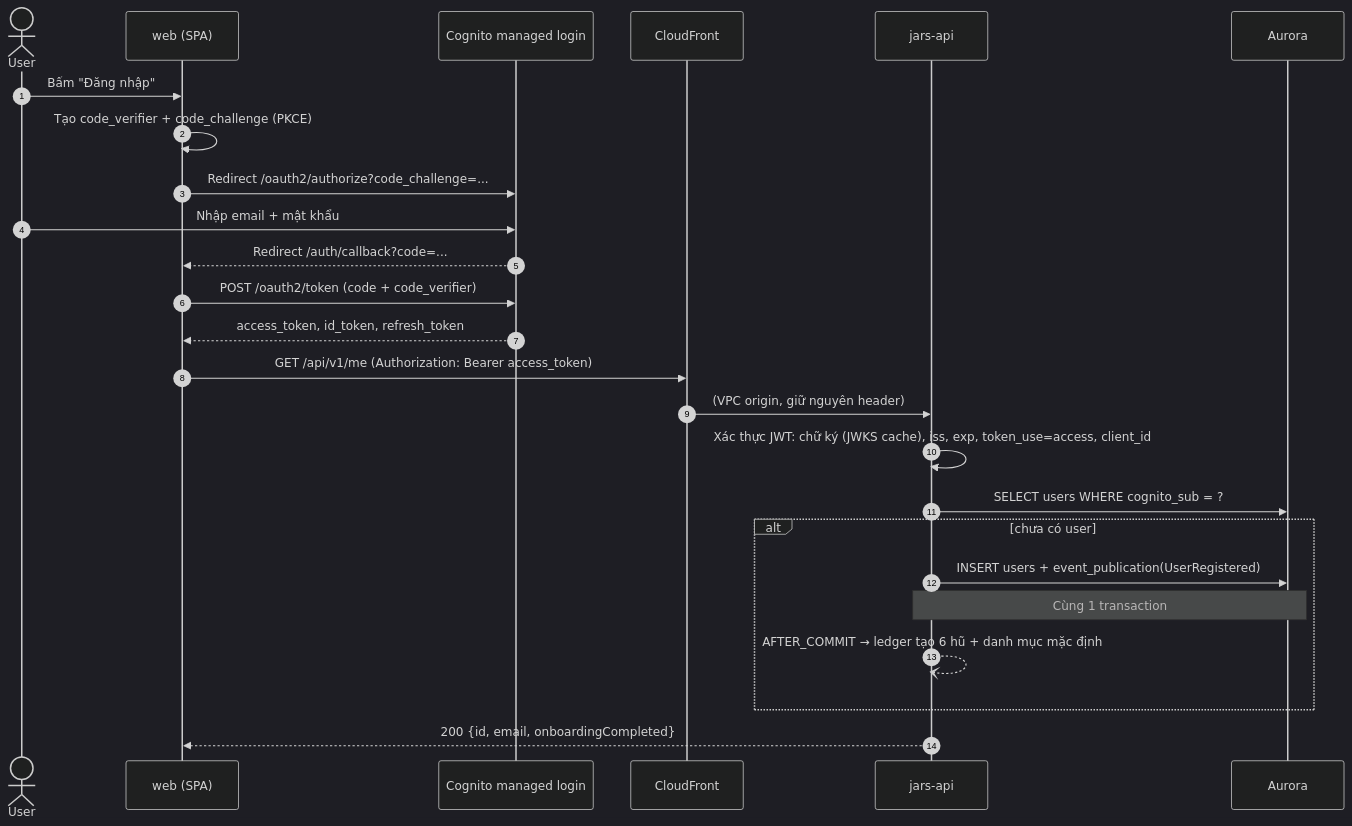
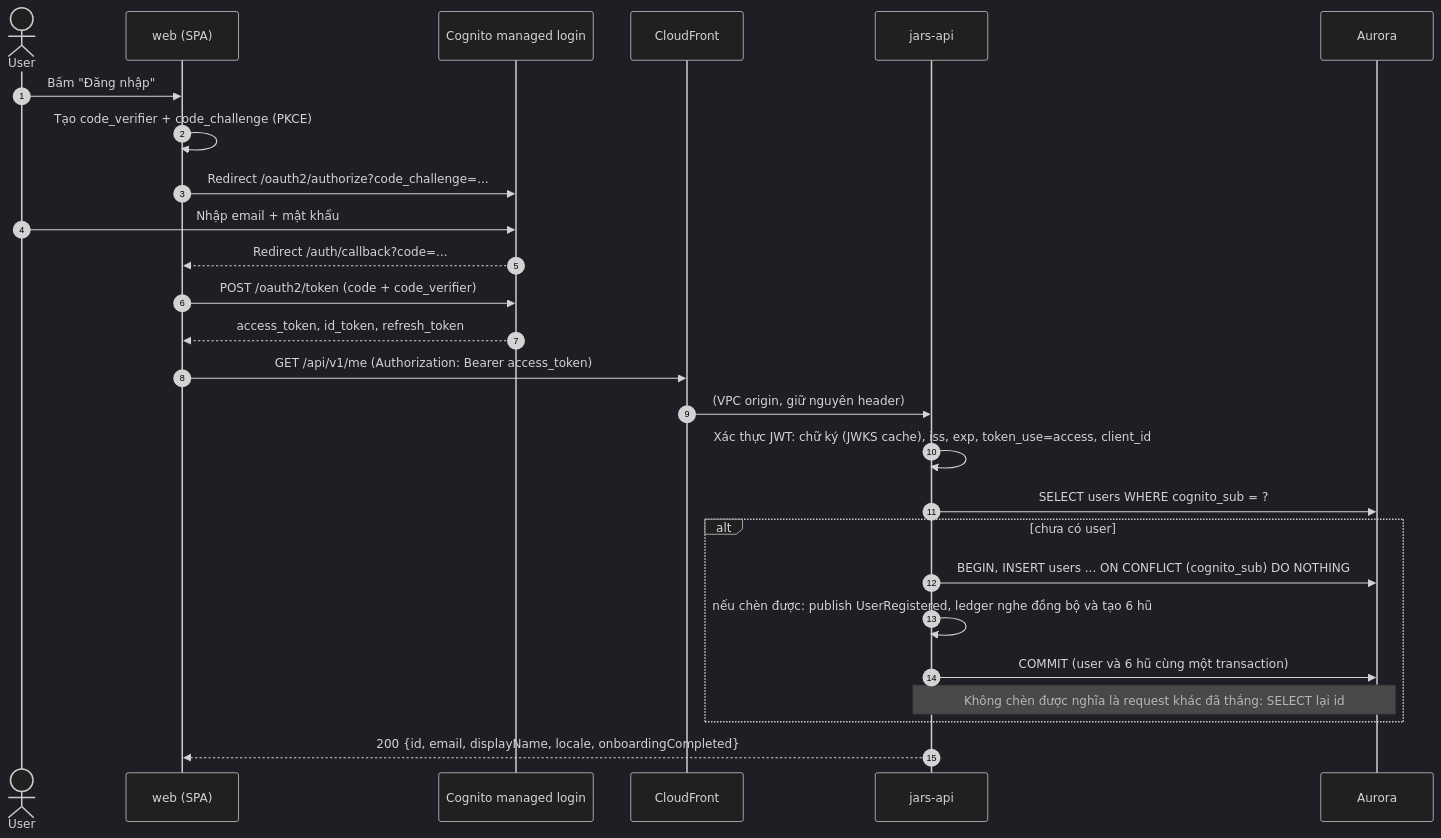
Before and after one commit to thphuc06/jar-platform: the first of 9 diagrams in docs/02-architecture/flows.md, drawn with Mermaid (dark theme). The commit also changed other lines of this file and 21 other files, not shown here.

First line of the commit message:
feat(identity): lazy user provisioning, profile and onboarding risk profile (WP2)

````diff
--- a/docs/02-architecture/flows.md
+++ b/docs/02-architecture/flows.md
@@ -21,28 +21,29 @@
 ```mermaid
 sequenceDiagram
     autonumber
     actor U as User
     participant W as web (SPA)
     participant C as Cognito managed login
     participant CF as CloudFront
     participant API as jars-api
     participant DB as Aurora
 
     U->>W: Bấm "Đăng nhập"
     W->>W: Tạo code_verifier + code_challenge (PKCE)
     W->>C: Redirect /oauth2/authorize?code_challenge=...
     U->>C: Nhập email + mật khẩu
     C-->>W: Redirect /auth/callback?code=...
     W->>C: POST /oauth2/token (code + code_verifier)
     C-->>W: access_token, id_token, refresh_token
     W->>CF: GET /api/v1/me (Authorization: Bearer access_token)
     CF->>API: (VPC origin, giữ nguyên header)
     API->>API: Xác thực JWT: chữ ký (JWKS cache), iss, exp, token_use=access, client_id
     API->>DB: SELECT users WHERE cognito_sub = ?
     alt chưa có user
-        API->>DB: INSERT users + event_publication(UserRegistered)
-        Note over API,DB: Cùng 1 transaction
-        API--)API: AFTER_COMMIT → ledger tạo 6 hũ + danh mục mặc định
+        API->>DB: BEGIN, INSERT users ... ON CONFLICT (cognito_sub) DO NOTHING
+        API->>API: nếu chèn được: publish UserRegistered, ledger nghe đồng bộ và tạo 6 hũ
+        API->>DB: COMMIT (user và 6 hũ cùng một transaction)
+        Note over API,DB: Không chèn được nghĩa là request khác đã thắng: SELECT lại id
     end
-    API-->>W: 200 {id, email, onboardingCompleted}
+    API-->>W: 200 {id, email, displayName, locale, onboardingCompleted}
 ```
````
